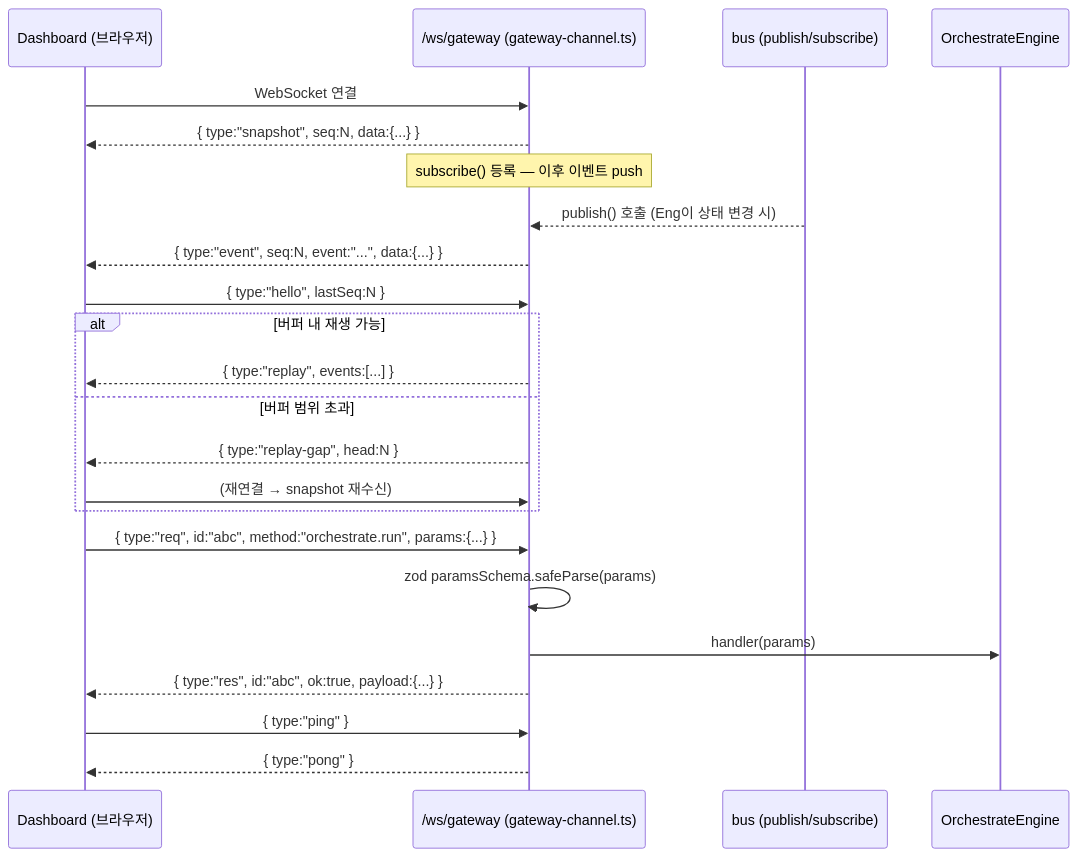
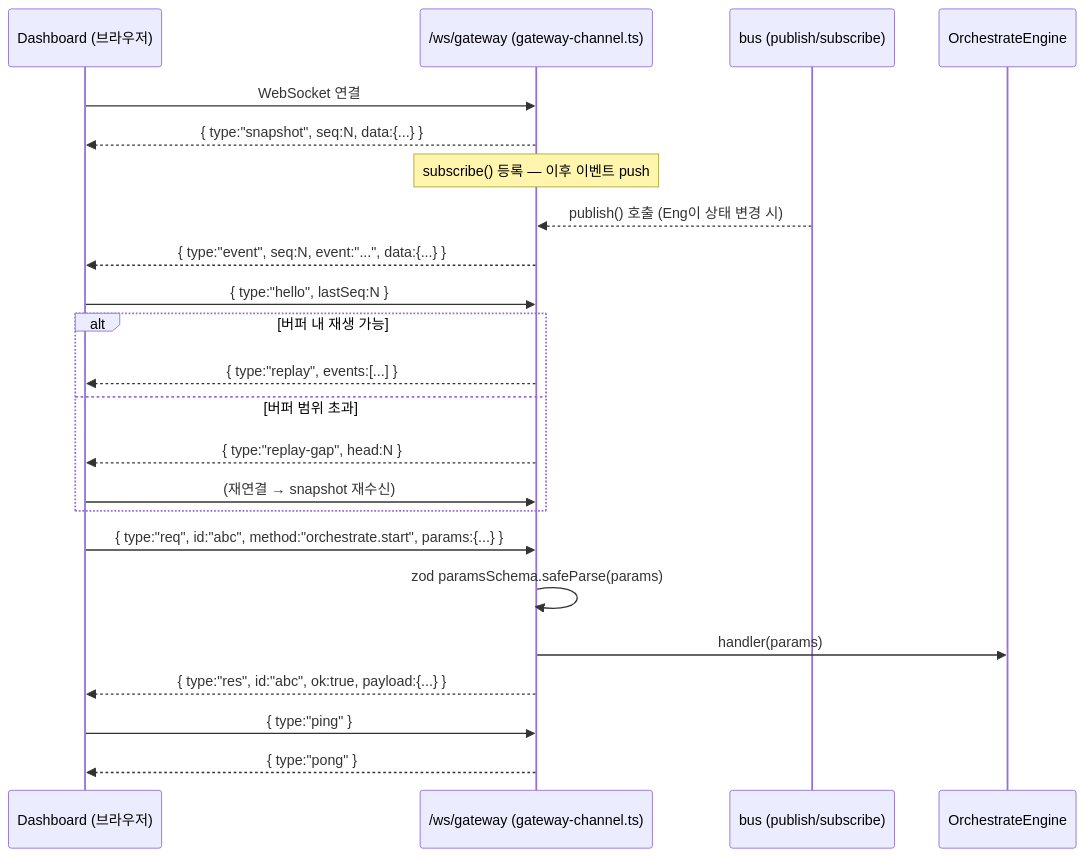
Before and after one commit to sdadaniel/orchestation: the fourth of 4 diagrams in docs/architecture/orchestrator-node-architecture.md, drawn with Mermaid. The commit also changed 20 other files, not shown here.

````diff
--- a/docs/architecture/orchestrator-node-architecture.md
+++ b/docs/architecture/orchestrator-node-architecture.md
@@ -122,30 +122,30 @@
 ```mermaid
 sequenceDiagram
   participant UI as Dashboard (브라우저)
   participant GW as /ws/gateway (gateway-channel.ts)
   participant Bus as bus (publish/subscribe)
   participant Eng as OrchestrateEngine
 
   UI->>GW: WebSocket 연결
   GW-->>UI: { type:"snapshot", seq:N, data:{...} }
   Note over GW: subscribe() 등록 — 이후 이벤트 push
 
   Bus-->>GW: publish() 호출 (Eng이 상태 변경 시)
   GW-->>UI: { type:"event", seq:N, event:"...", data:{...} }
 
   UI->>GW: { type:"hello", lastSeq:N }
   alt 버퍼 내 재생 가능
     GW-->>UI: { type:"replay", events:[...] }
   else 버퍼 범위 초과
     GW-->>UI: { type:"replay-gap", head:N }
     UI->>GW: (재연결 → snapshot 재수신)
   end
 
-  UI->>GW: { type:"req", id:"abc", method:"orchestrate.run", params:{...} }
+  UI->>GW: { type:"req", id:"abc", method:"orchestrate.start", params:{...} }
   GW->>GW: zod paramsSchema.safeParse(params)
   GW->>Eng: handler(params)
   GW-->>UI: { type:"res", id:"abc", ok:true, payload:{...} }
 
   UI->>GW: { type:"ping" }
   GW-->>UI: { type:"pong" }
 ```
````
